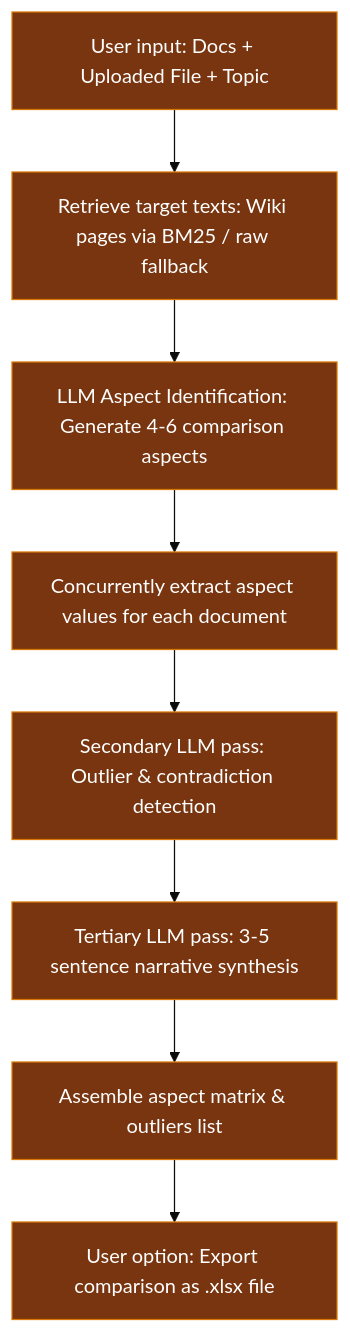
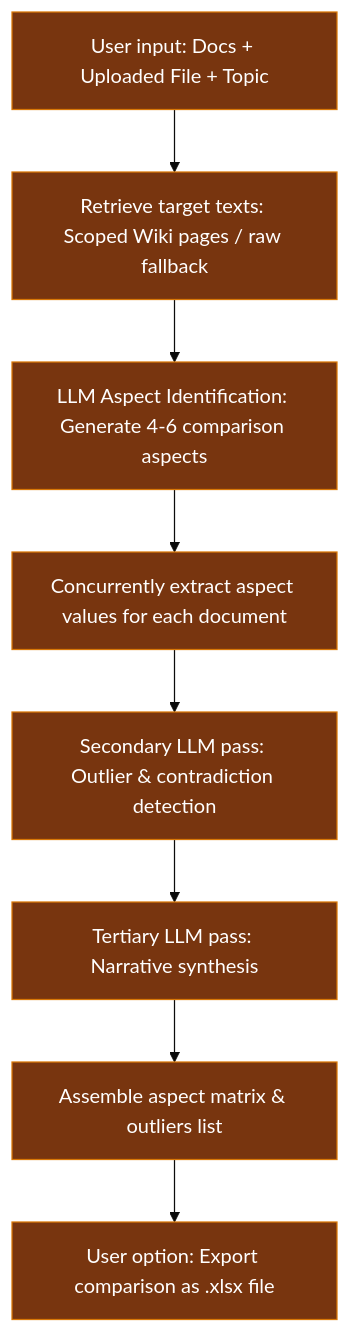
The sixth of 7 diagrams in SYSTEM_OVERVIEW.md (rhealaloo45/Legal-Wiki-RAG), drawn with Mermaid (base theme) before and after one commit. The commit also changed other lines of this file and 9 other files, not shown here.

````diff
--- a/SYSTEM_OVERVIEW.md
+++ b/SYSTEM_OVERVIEW.md
@@ -175,14 +175,14 @@
 ```mermaid
 flowchart TD
     classDef compare fill:#78350f,stroke:#d97706,color:#fff
 
-    C1["User input: Docs + Uploaded File + Topic"] --> C2["Retrieve target texts: Wiki pages via BM25 / raw fallback"]
+    C1["User input: Docs + Uploaded File + Topic"] --> C2["Retrieve target texts: Scoped Wiki pages / raw fallback"]
     C2 --> C3["LLM Aspect Identification: Generate 4-6 comparison aspects"]
     C3 --> C4["Concurrently extract aspect values for each document"]
     C4 --> C5["Secondary LLM pass: Outlier & contradiction detection"]
-    C5 --> C6["Tertiary LLM pass: 3-5 sentence narrative synthesis"]
+    C5 --> C6["Tertiary LLM pass: Narrative synthesis"]
     C6 --> C7["Assemble aspect matrix & outliers list"]
     C7 --> C8["User option: Export comparison as .xlsx file"]
 
     class C1,C2,C3,C4,C5,C6,C7,C8 compare
 ```
````
